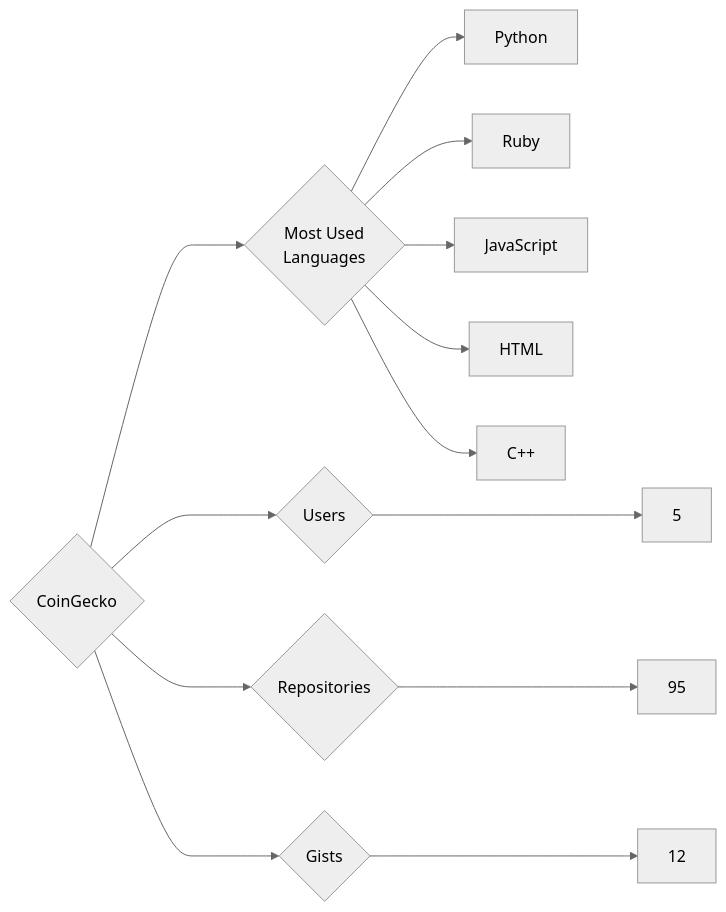
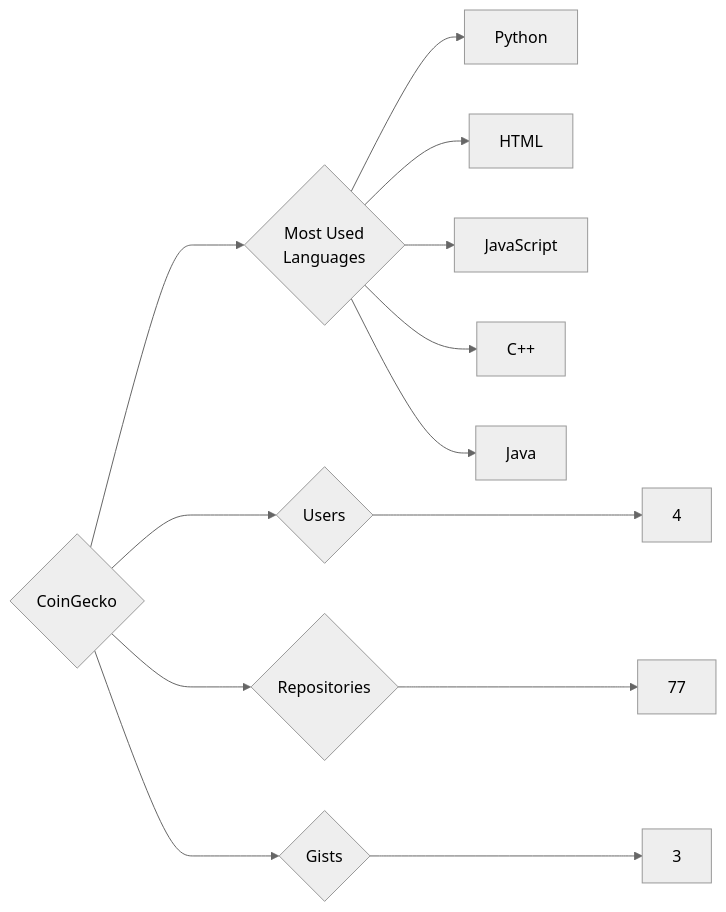
The diagram in targets/CoinGecko/README.md (trickest/insiders), drawn with Mermaid (neutral theme) before and after one commit. The commit also changed 934 other files, not shown here.

````diff
--- a/targets/CoinGecko/README.md
+++ b/targets/CoinGecko/README.md
@@ -3,13 +3,13 @@
 ```mermaid
 graph LR
 COMPANY_NAME{CoinGecko}
-COMPANY_NAME ---> U{Users} ---> UN[5]
-COMPANY_NAME ---> R{Repositories} ---> RN[95]
-COMPANY_NAME ---> G{Gists} ---> GN[12]
+COMPANY_NAME ---> U{Users} ---> UN[4]
+COMPANY_NAME ---> R{Repositories} ---> RN[77]
+COMPANY_NAME ---> G{Gists} ---> GN[3]
 COMPANY_NAME ---> ML{Most Used<br>Languages}
 ML --> Python[Python]
-ML --> Ruby[Ruby]
+ML --> HTML[HTML]
 ML --> JavaScript[JavaScript]
-ML --> HTML[HTML]
 ML --> C++[C++]
+ML --> Java[Java]
 ```
````
